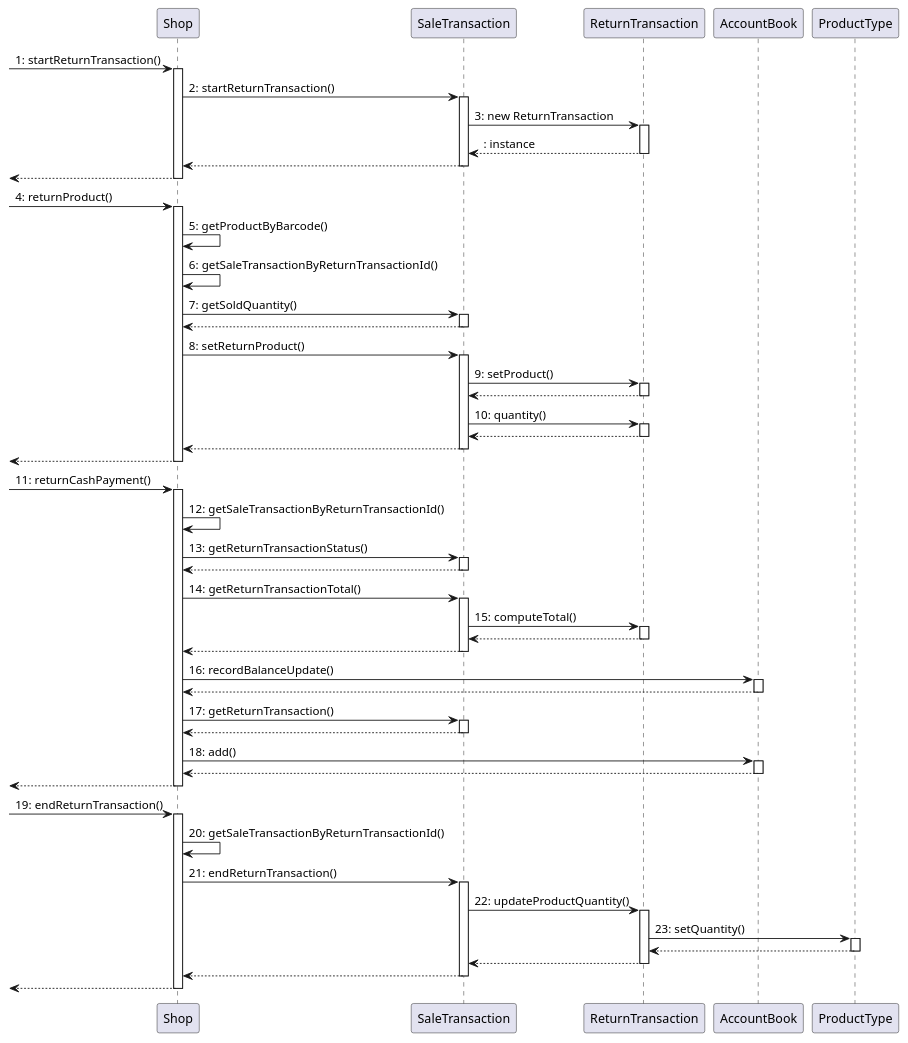
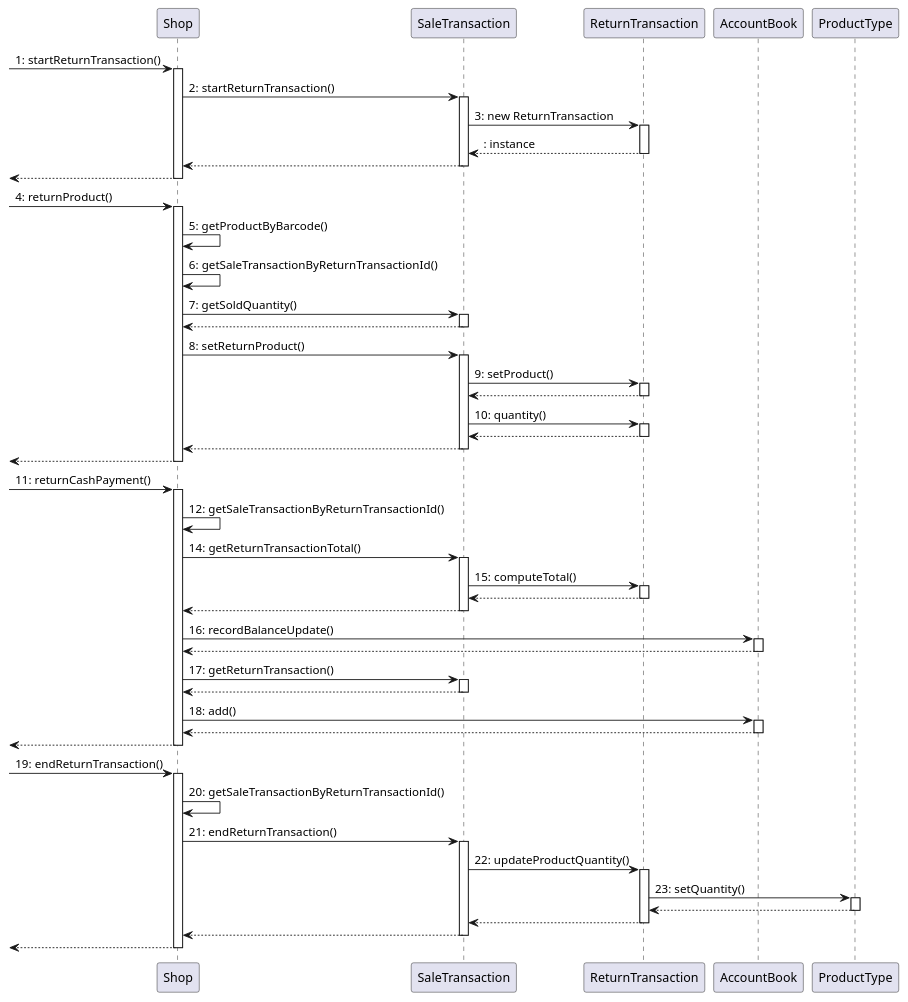
Diagram 12 of 13 in Deliverables/DesignDocument.md (MatteoBattilana/EzShop), drawn with PlantUML before and after one commit. The commit also changed other lines of this file and 15 other files, not shown here.

````diff
--- a/Deliverables/DesignDocument.md
+++ b/Deliverables/DesignDocument.md
@@ -506,81 +531,77 @@
 ```plantuml
 @startuml
 ->Shop: 1: startReturnTransaction()
 activate Shop
   Shop -> SaleTransaction: 2: startReturnTransaction()
   activate SaleTransaction
     SaleTransaction -> ReturnTransaction: 3: new ReturnTransaction
     activate ReturnTransaction
     return : instance
   return
 return
 
 ->Shop: 4: returnProduct()
   activate Shop
     Shop -> Shop: 5: getProductByBarcode()
     Shop -> Shop: 6: getSaleTransactionByReturnTransactionId()
     Shop -> SaleTransaction: 7: getSoldQuantity()
     activate SaleTransaction
     return
 
 
     Shop -> SaleTransaction: 8: setReturnProduct()
     activate SaleTransaction
           SaleTransaction -> ReturnTransaction: 9: setProduct()
           activate ReturnTransaction
           return
           SaleTransaction -> ReturnTransaction: 10: quantity()
           activate ReturnTransaction
           return
     return
 return
 
 
 
 
 
 -> Shop: 11: returnCashPayment()
 activate Shop
     Shop -> Shop: 12: getSaleTransactionByReturnTransactionId()
 
-    Shop -> SaleTransaction: 13: getReturnTransactionStatus()
-    activate SaleTransaction
-    return
-
   Shop -> SaleTransaction: 14: getReturnTransactionTotal()
     activate SaleTransaction
      SaleTransaction -> ReturnTransaction: 15: computeTotal()
       activate ReturnTransaction
       return
     return
 
    Shop -> AccountBook: 16: recordBalanceUpdate()
    activate AccountBook
    return
    Shop -> SaleTransaction: 17: getReturnTransaction()
    activate SaleTransaction
    return
    Shop -> AccountBook: 18: add()
    activate AccountBook
    return
 return
 -> Shop: 19: endReturnTransaction()
 activate Shop
     Shop -> Shop: 20: getSaleTransactionByReturnTransactionId()
           Shop -> SaleTransaction: 21: endReturnTransaction()
           activate SaleTransaction
 
                    SaleTransaction -> ReturnTransaction: 22: updateProductQuantity()
                    activate ReturnTransaction
                    ReturnTransaction -> ProductType: 23: setQuantity()
                    activate ProductType
                    return
 
 
                  return
 
           return
 return
 
 @enduml
 ```
````
